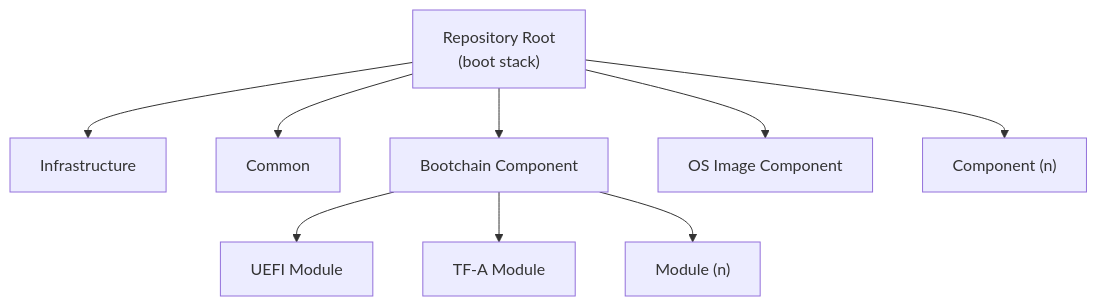
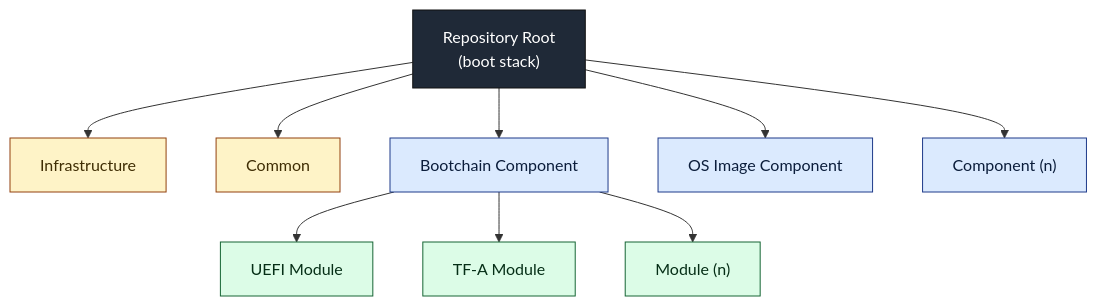
One commit to OpenDevicePartnership/odp-platform-radxa-orion-o6 changed the diagram in README.md. Above: the diagram before and after it, drawn with Mermaid.

Commit message:
Current with no color renders, attempting to group class definitions and declarations

````diff
--- a/README.md
+++ b/README.md
@@ -13,12 +13,22 @@
 ```mermaid
 flowchart TD
     root["Repository Root<br/>(boot stack)"]
     root --> inf["Infrastructure"]
     root --> cmn["Common"]
     root --> bc["Bootchain Component"]
     root --> os["OS Image Component"]
     root --> cmpn["Component (n)"]
     bc --> uefi["UEFI Module"]
     bc --> tfa["TF-A Module"]
     bc --> modn["Module (n)"]
+
+    classDef rt   fill:#1f2937,stroke:#111111,color:#ffffff
+    classDef stk  fill:#dbeafe,stroke:#1e3a8a,color:#0b1d3b
+    classDef mod  fill:#dcfce7,stroke:#166534,color:#052e16
+    classDef supt fill:#fef3c7,stroke:#92400e,color:#3f2d04
+
+    class root rt
+    class bc,os,cmpn stk
+    class uefi,tfa,modn mod
+    class inf,cmn supt
 ```
````
